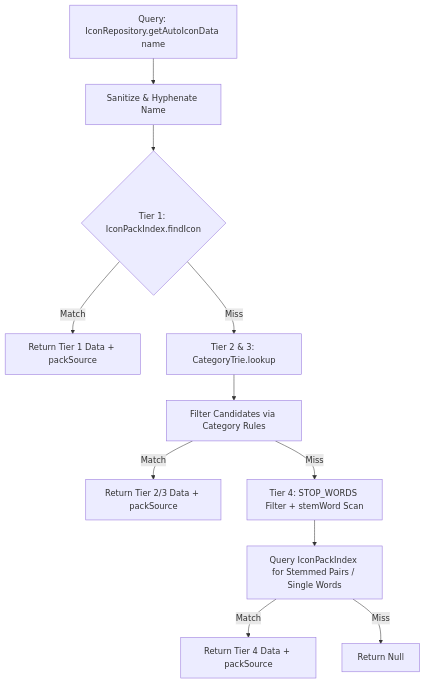
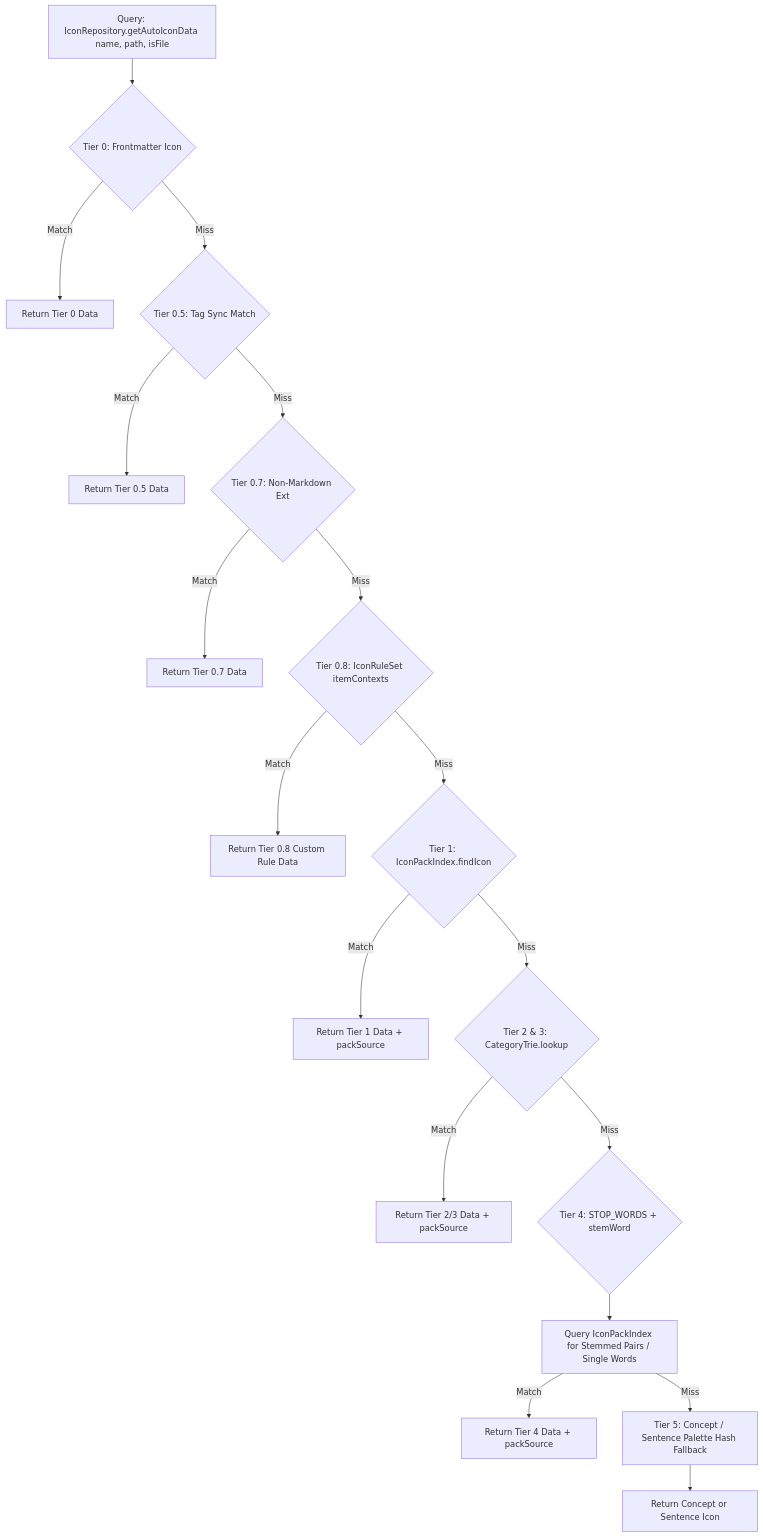
One commit to RohitNahar-Offical/colorful-folders-obsidian changed the diagram in docs/architecture/ENGINE_INTERNALS.md. Above: the diagram before and after it, drawn with Mermaid. The commit also changed other lines of this file and 6 other files, not shown here.

Commit message:
docs: document IconRuleSet engine, scope isolation, and Incident #42

````diff
--- a/docs/architecture/ENGINE_INTERNALS.md
+++ b/docs/architecture/ENGINE_INTERNALS.md
@@ -48,13 +48,20 @@
 ```mermaid
 graph TD
-    A[Query: IconRepository.getAutoIconData name] --> B[Sanitize & Hyphenate Name]
-    B --> C{Tier 1: IconPackIndex.findIcon}
-    C -- Match --> Z1[Return Tier 1 Data + packSource]
-    C -- Miss --> D[Tier 2 & 3: CategoryTrie.lookup]
-    D --> E[Filter Candidates via Category Rules]
-    E -- Match --> Z2[Return Tier 2/3 Data + packSource]
-    E -- Miss --> F[Tier 4: STOP_WORDS Filter + stemWord Scan]
-    F --> G[Query IconPackIndex for Stemmed Pairs / Single Words]
-    G -- Match --> Z3[Return Tier 4 Data + packSource]
-    G -- Miss --> Z4[Return Null]
+    A[Query: IconRepository.getAutoIconData name, path, isFile] --> T0{Tier 0: Frontmatter Icon}
+    T0 -- Match --> Z0[Return Tier 0 Data]
+    T0 -- Miss --> T05{Tier 0.5: Tag Sync Match}
+    T05 -- Match --> Z05[Return Tier 0.5 Data]
+    T05 -- Miss --> T07{Tier 0.7: Non-Markdown Ext}
+    T07 -- Match --> Z07[Return Tier 0.7 Data]
+    T07 -- Miss --> T08{Tier 0.8: IconRuleSet itemContexts}
+    T08 -- Match --> Z08[Return Tier 0.8 Custom Rule Data]
+    T08 -- Miss --> T1{Tier 1: IconPackIndex.findIcon}
+    T1 -- Match --> Z1[Return Tier 1 Data + packSource]
+    T1 -- Miss --> T2{Tier 2 & 3: CategoryTrie.lookup}
+    T2 -- Match --> Z2[Return Tier 2/3 Data + packSource]
+    T2 -- Miss --> T4{Tier 4: STOP_WORDS + stemWord}
+    T4 --> T4A[Query IconPackIndex for Stemmed Pairs / Single Words]
+    T4A -- Match --> Z3[Return Tier 4 Data + packSource]
+    T4A -- Miss --> T5[Tier 5: Concept / Sentence Palette Hash Fallback]
+    T5 --> Z4[Return Concept or Sentence Icon]
 ```
````
